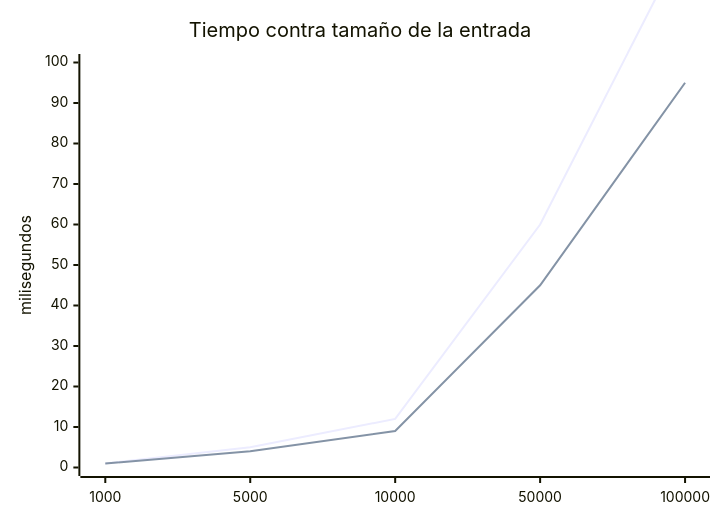
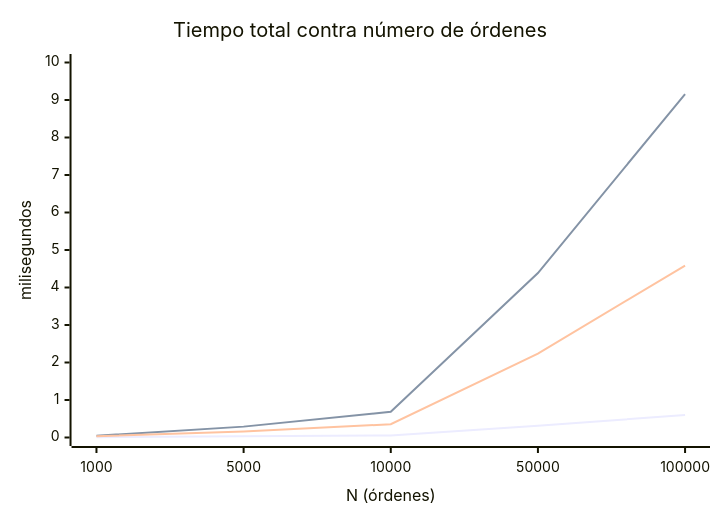
Before and after one commit to mateorivera2410/estr-2026-2-proyecto: the second of 2 diagrams in docs/informe-final.md, drawn with Mermaid. The commit also changed other lines of this file, not shown here.

Commit message:
secciones 4 y 5 del informe final. experimentos con tablas y grafica, y lo medido contra lo predicho

````diff
--- a/docs/informe-final.md
+++ b/docs/informe-final.md
@@ -366,8 +377,9 @@
 ```mermaid
 xychart-beta
-  title "Tiempo contra tamaño de la entrada"
-  x-axis [1000, 5000, 10000, 50000, 100000]
-  y-axis "milisegundos" 0 --> 100
-  line [1, 5, 12, 60, 130]
-  line [1, 4, 9, 45, 95]
+  title "Tiempo total contra número de órdenes"
+  x-axis "N (órdenes)" [1000, 5000, 10000, 50000, 100000]
+  y-axis "milisegundos" 0 --> 10
+  line [0.009, 0.032, 0.056, 0.315, 0.600]
+  line [0.047, 0.290, 0.686, 4.384, 9.158]
+  line [0.032, 0.162, 0.354, 2.236, 4.586]
 ```
````
